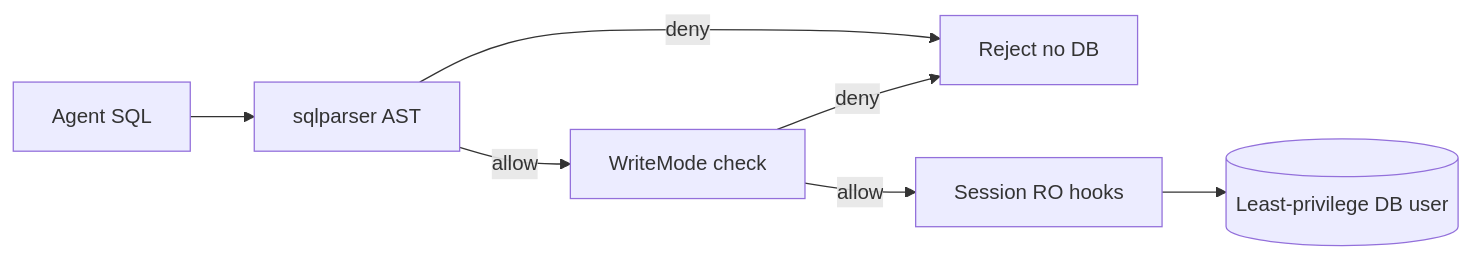
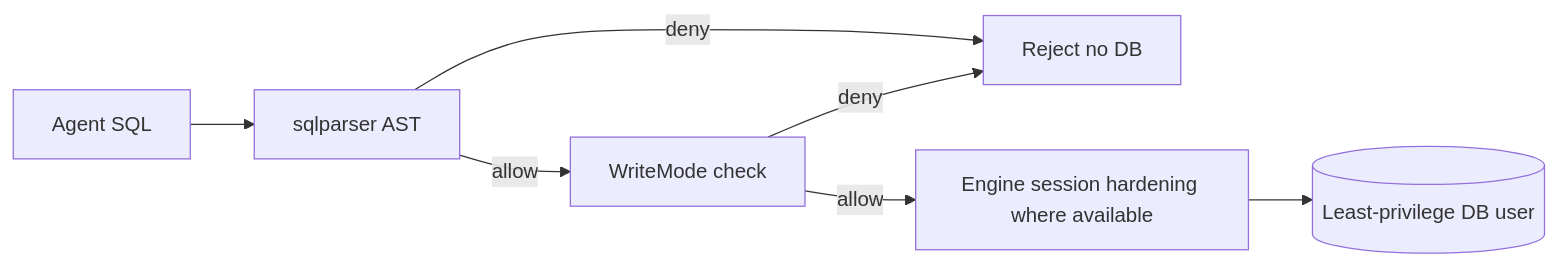
The diagram in docs/SECURITY.md (rzlco666/strut-stack-sql), drawn with Mermaid before and after one commit. The commit also changed other lines of this file and 11 other files, not shown here.

````diff
--- a/docs/SECURITY.md
+++ b/docs/SECURITY.md
@@ -9,9 +9,9 @@
 ```mermaid
 flowchart LR
   Q[Agent SQL] --> AST[sqlparser AST]
   AST -->|deny| X[Reject no DB]
   AST -->|allow| Mode[WriteMode check]
   Mode -->|deny| X
-  Mode -->|allow| Sess[Session RO hooks]
+  Mode -->|allow| Sess[Engine session hardening where available]
   Sess --> DB[(Least-privilege DB user)]
 ```
````
